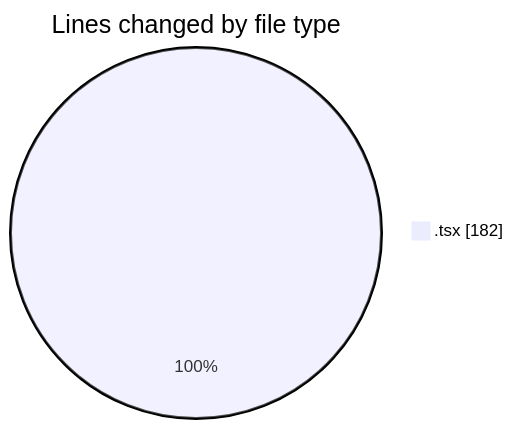
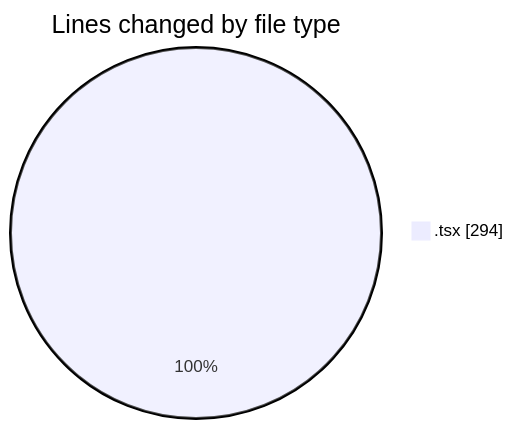
Before and after one commit to robertbonfada/code-tracking: the first of 2 diagrams in 2025-03-10/mbc-web/README.md, drawn with Mermaid. The commit also changed other lines of this file and 1 other file, not shown here.

````diff
--- a/2025-03-10/mbc-web/README.md
+++ b/2025-03-10/mbc-web/README.md
@@ -27,5 +27,5 @@
 ```mermaid
 pie showData
 title Lines changed by file type
-".tsx" : 182
+".tsx" : 294
 ```
````
